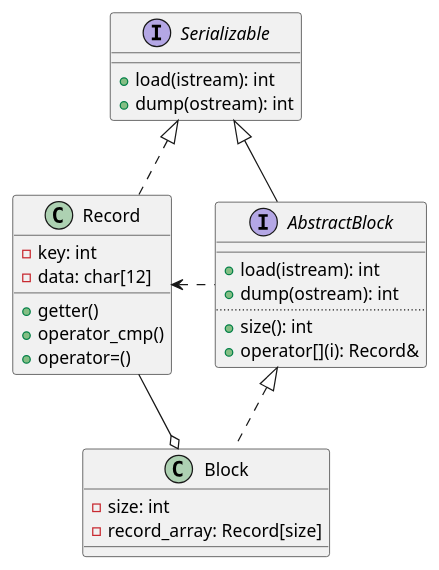
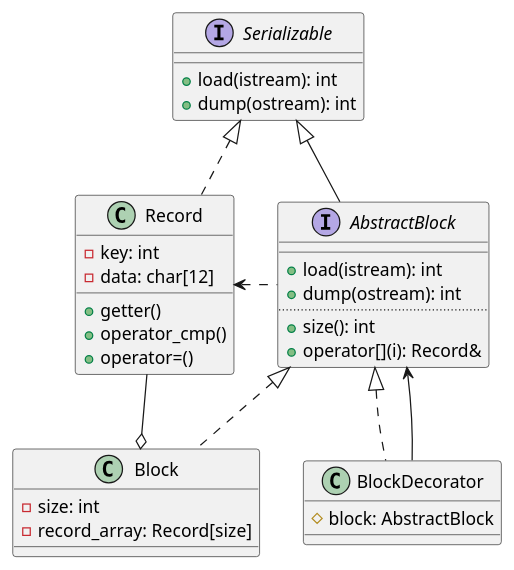
Before and after one commit to old6ix/HIT-Database-System-Labs: the diagram in docs/ClassDiagram.puml, drawn with PlantUML. The commit also changed 7 other files, not shown here.

```diff
--- a/docs/ClassDiagram.puml
+++ b/docs/ClassDiagram.puml
@@ -1,39 +1,45 @@
 interface Serializable
 {
     +load(istream): int
     +dump(ostream): int
 }
 
 class Record
 {
     -key: int
     -data: char[12]
     +getter()
     +operator_cmp()
     +operator=()
 }
 
 interface AbstractBlock
 {
     __
     +load(istream): int
     +dump(ostream): int
     ..
     +size(): int
     +operator[](i): Record&
 }
 
 class Block
 {
     -size: int
     -record_array: Record[size]
 }
 
+class BlockDecorator
+{
+    #block: AbstractBlock
+}
 
 Serializable <|.. Record
 Serializable <|-- AbstractBlock
+AbstractBlock <|.. BlockDecorator
+AbstractBlock <-- BlockDecorator
 
 Record <. AbstractBlock
 AbstractBlock <|.. Block
 
 Record -o Block
```
